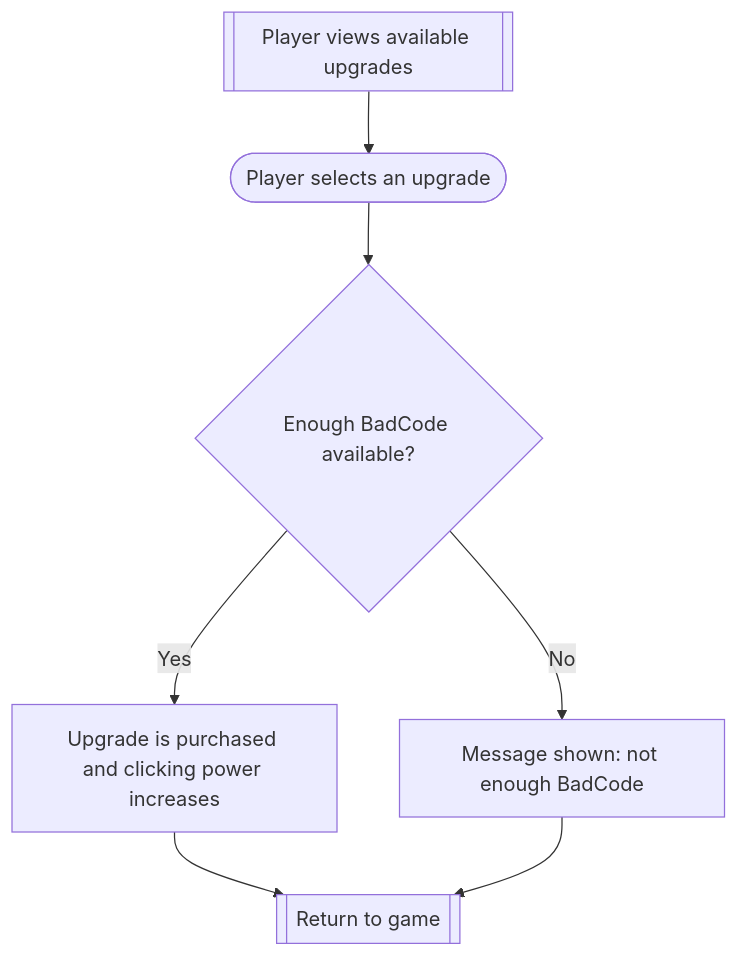
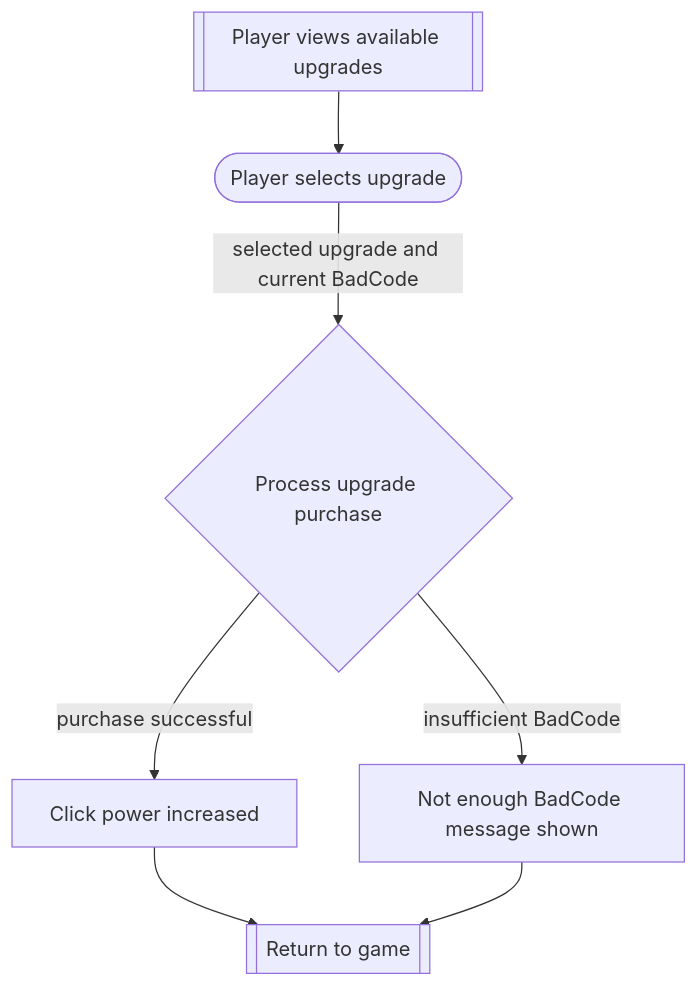
The second of 2 diagrams in flows.md (MoulikB/2452-project), drawn with Mermaid before and after one commit. The commit also changed other lines of this file, not shown here.

Commit message:
Updated flows

````diff
--- a/flows.md
+++ b/flows.md
@@ -35,13 +38,17 @@
 ```mermaid
 flowchart TD
     view[[Player views available upgrades]]
-    select([Player selects an upgrade])
-    enough{Enough BadCode available?}
-    success[Upgrade is purchased and clicking power increases]
-    fail[Message shown: not enough BadCode]
+    select([Player selects upgrade])
+    process{Process upgrade purchase}
+    success[Click power increased]
+    fail[Not enough BadCode message shown]
     endUpgrade[[Return to game]]
 
-    view --> select --> enough
-    enough -->|Yes| success --> endUpgrade
-    enough -->|No| fail --> endUpgrade
+    view --> select
+    select -- selected upgrade and current BadCode --> process
+    process -- purchase successful --> success
+    process -- insufficient BadCode --> fail
+    success --> endUpgrade
+    fail --> endUpgrade
+
 ```
````
